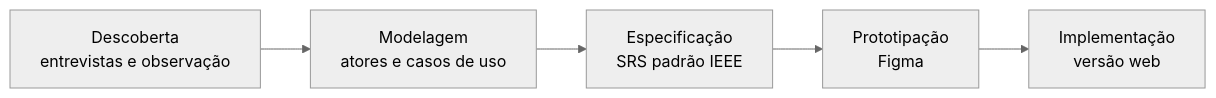
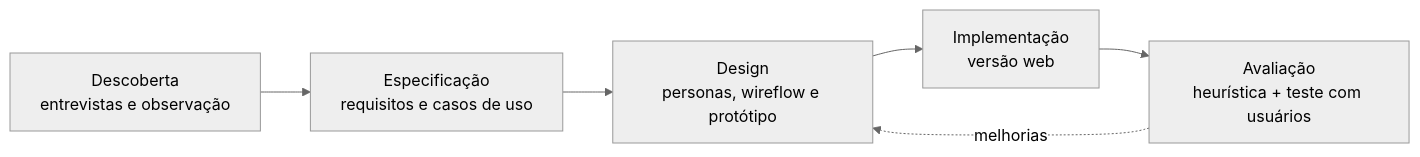
The diagram in README.md (Amandapalacioo/sistema-juridico), drawn with Mermaid (neutral theme) before and after one commit. The commit also changed other lines of this file, not shown here.

Commit message:
docs: adiciona design centrado no usuário, avaliação de usabilidade e próximos passos

````diff
--- a/README.md
+++ b/README.md
@@ -61,7 +61,8 @@
 ```mermaid
 flowchart LR
-    A["Descoberta<br/>entrevistas e observação"] --> B["Modelagem<br/>atores e casos de uso"]
-    B --> C["Especificação<br/>SRS padrão IEEE"]
-    C --> D["Prototipação<br/>Figma"]
-    D --> E["Implementação<br/>versão web"]
+    A["Descoberta<br/>entrevistas e observação"] --> B["Especificação<br/>requisitos e casos de uso"]
+    B --> C["Design<br/>personas, wireflow e protótipo"]
+    C --> D["Implementação<br/>versão web"]
+    D --> E["Avaliação<br/>heurística + teste com usuários"]
+    E -.->|melhorias| C
 ```
````
